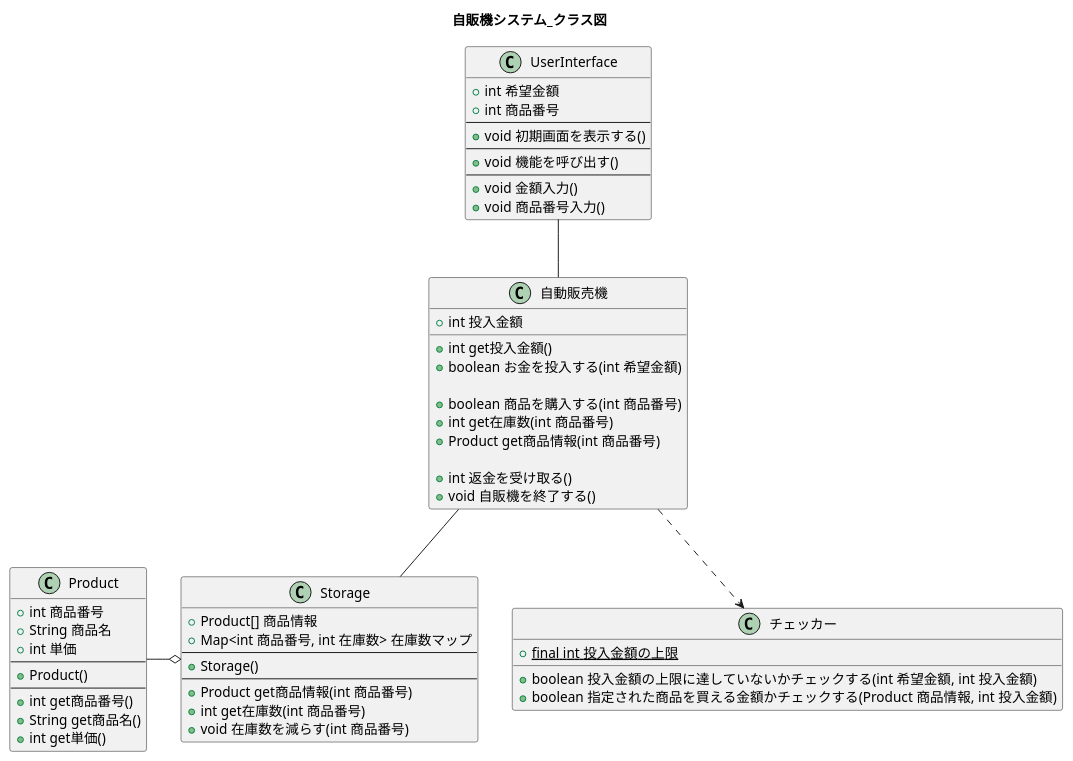
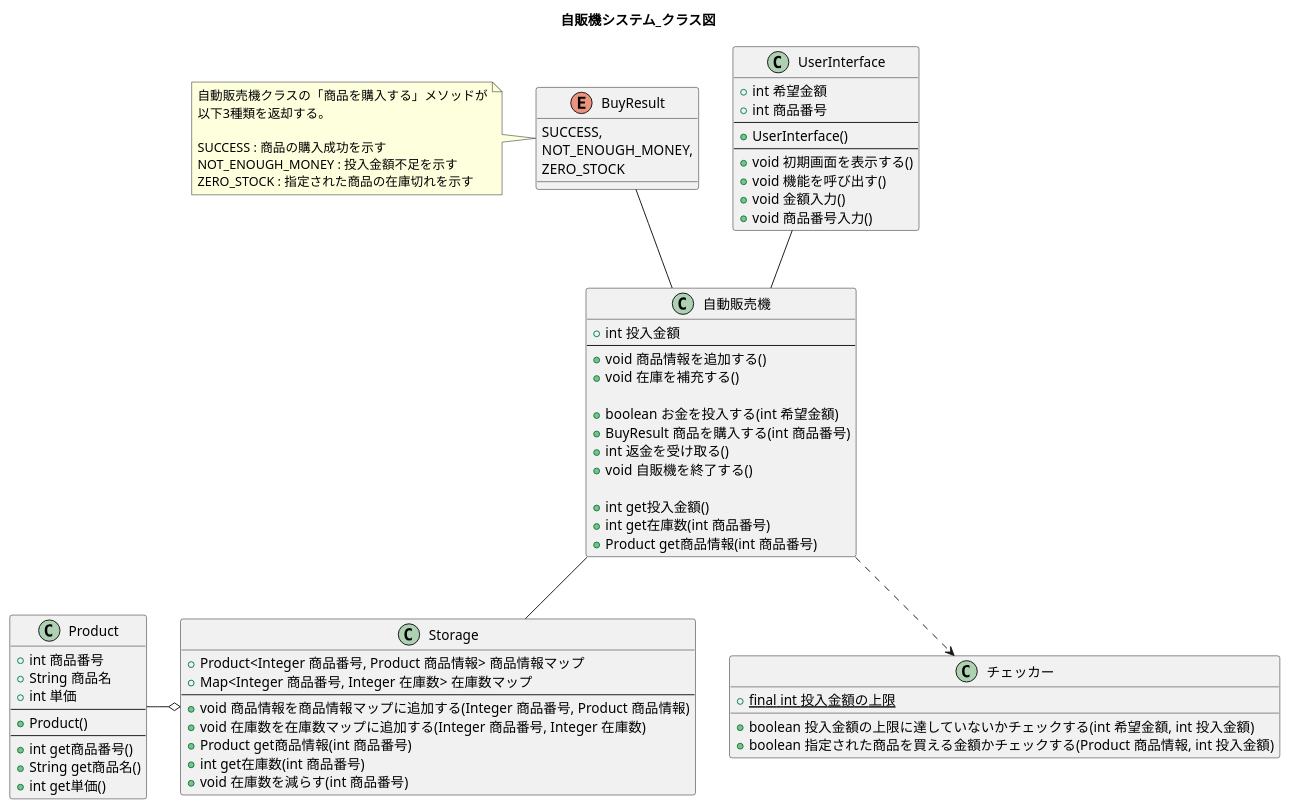
One commit to W-Nakayama-24/VendingMachine_CUI changed the diagram in UML_class_sequence/VendingMachine_classDiag.puml. Above: the diagram before and after it, drawn with PlantUML. The commit also changed 7 other files, not shown here.

First line of the commit message:
FIX classDesign, sequenceDesign

```diff
--- a/UML_class_sequence/VendingMachine_classDiag.puml
+++ b/UML_class_sequence/VendingMachine_classDiag.puml
@@ -1,75 +1,88 @@
 @startuml
 title 自販機システム_クラス図
 
 
 UserInterface -- 自動販売機
 自動販売機 -- Storage
 自動販売機 ..> チェッカー
+BuyResult -- 自動販売機
 Product -o Storage
 
 
 class UserInterface {
     +int 希望金額
     +int 商品番号
     --
+    +UserInterface()
+    --
     +void 初期画面を表示する()
-    --
     +void 機能を呼び出す()
-    --
     +void 金額入力()
     +void 商品番号入力() 
     /'
     1,2,3,9以外ならここでfalseを返し、エラーメッセージ00を表示
     '/
 }
 
 class 自動販売機 {
     +int 投入金額
+    --
+    +void 商品情報を追加する()
+    +void 在庫を補充する()
+
+    +boolean お金を投入する(int 希望金額)
+    +BuyResult 商品を購入する(int 商品番号)
+    +int 返金を受け取る()
+    +void 自販機を終了する()
+
     +int get投入金額()
-    +boolean お金を投入する(int 希望金額)
-
-    +boolean 商品を購入する(int 商品番号)
     +int get在庫数(int 商品番号)
     +Product get商品情報(int 商品番号)
+}
 
-    +int 返金を受け取る()
-    +void 自販機を終了する()
+enum BuyResult {
+    SUCCESS,
+    NOT_ENOUGH_MONEY,
+    ZERO_STOCK
 }
+
+note left of BuyResult
+自動販売機クラスの「商品を購入する」メソッドが
+以下3種類を返却する。
+
+SUCCESS : 商品の購入成功を示す
+NOT_ENOUGH_MONEY : 投入金額不足を示す
+ZERO_STOCK : 指定された商品の在庫切れを示す
+end note
+
 
 class チェッカー{
     +{static}final int 投入金額の上限
     +boolean 投入金額の上限に達していないかチェックする(int 希望金額, int 投入金額)
     +boolean 指定された商品を買える金額かチェックする(Product 商品情報, int 投入金額)
 }
 
 class Storage {
-    +Product[] 商品情報
-    +Map<int 商品番号, int 在庫数> 在庫数マップ
+    +Product<Integer 商品番号, Product 商品情報> 商品情報マップ
+    +Map<Integer 商品番号, Integer 在庫数> 在庫数マップ
     --
-    +Storage()
-    --
+    +void 商品情報を商品情報マップに追加する(Integer 商品番号, Product 商品情報)
+    +void 在庫数を在庫数マップに追加する(Integer 商品番号, Integer 在庫数)
     +Product get商品情報(int 商品番号)
     +int get在庫数(int 商品番号)
     +void 在庫数を減らす(int 商品番号)
 }
 
 class Product {
     +int 商品番号
     +String 商品名
     +int 単価
     --
     +Product()
     --
     +int get商品番号()
     +String get商品名()
     +int get単価()
-    /'
-    コンストラクタでProduct型を用意して、
-    3つの属性をひとつにまとめてmap.putできるように
-    this.num = num
-    this.price = price
-    this.name = name
-    '/
 }
 
 @enduml
```
